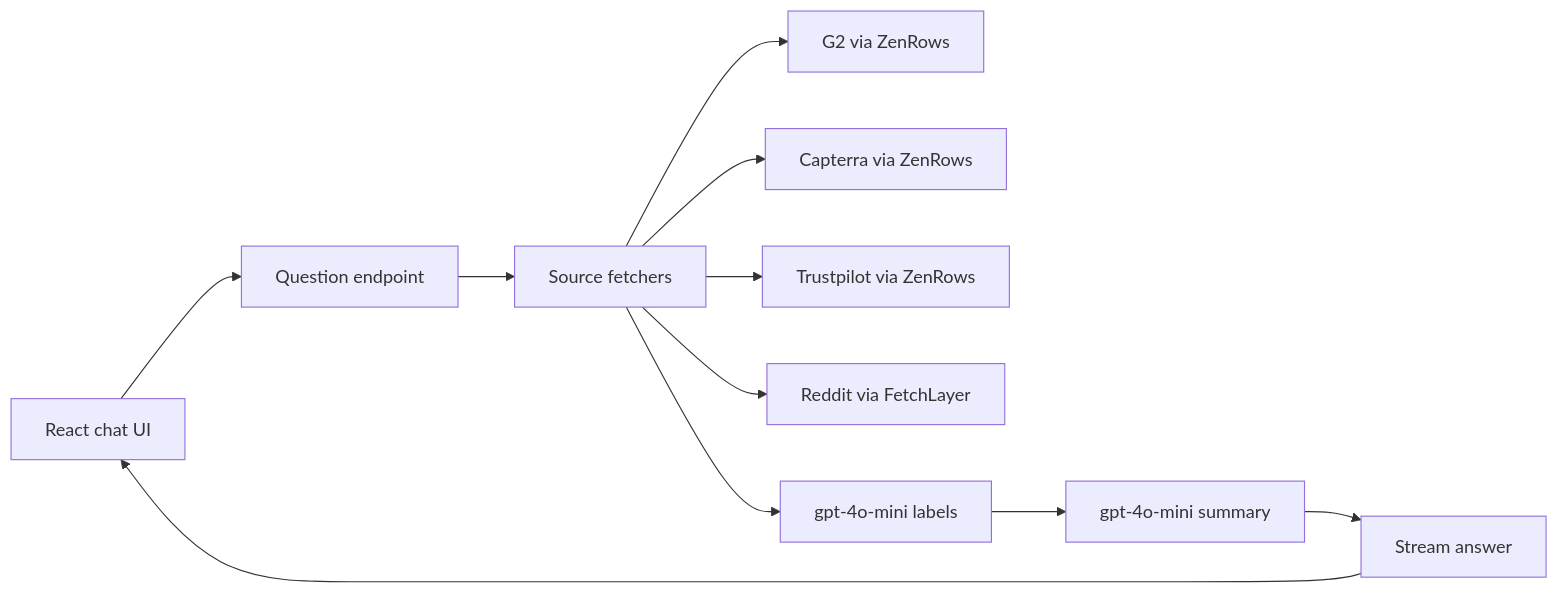
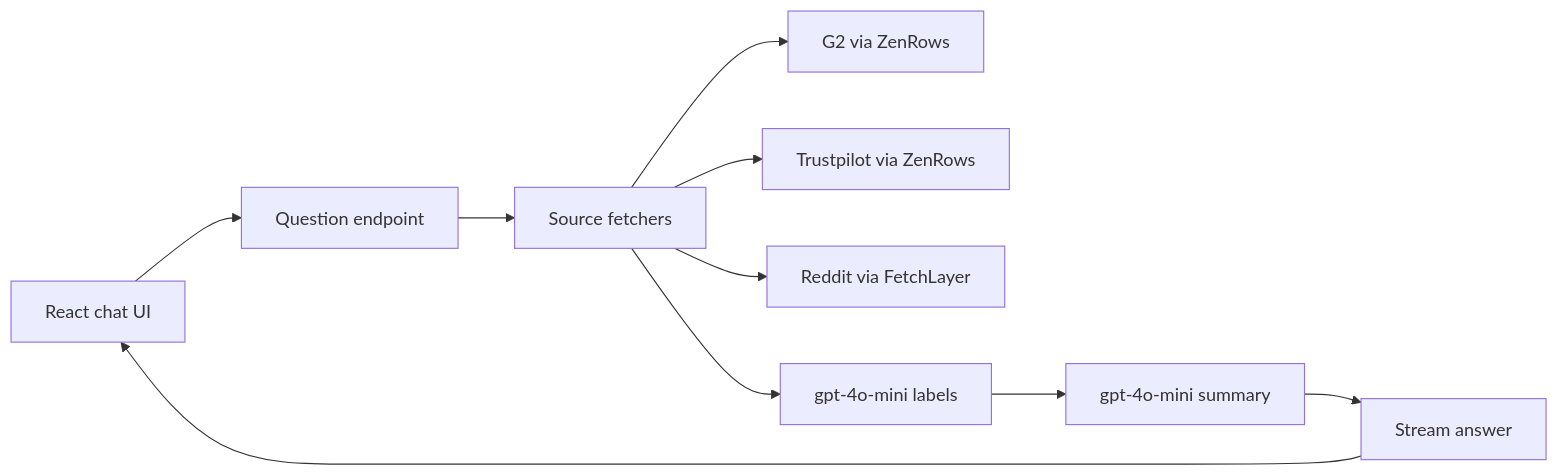
The diagram in SIGNALONE-MIRO-BOARD.md (chaitanyagatreddi/signalone-ui), drawn with Mermaid before and after one commit. The commit also changed other lines of this file and 2 other files, not shown here.

Commit message:
Remove Capterra and switch SignalOne to Dropbox blue

````diff
--- a/SIGNALONE-MIRO-BOARD.md
+++ b/SIGNALONE-MIRO-BOARD.md
@@ -45,13 +45,12 @@
 ```mermaid
 flowchart LR
   UI[React chat UI] --> API[Question endpoint]
   API --> FETCH[Source fetchers]
   FETCH --> G2[G2 via ZenRows]
-  FETCH --> CAP[Capterra via ZenRows]
   FETCH --> TP[Trustpilot via ZenRows]
   FETCH --> RED[Reddit via FetchLayer]
   FETCH --> LABEL[gpt-4o-mini labels]
   LABEL --> SUMMARY[gpt-4o-mini summary]
   SUMMARY --> STREAM[Stream answer]
   STREAM --> UI
 ```
````
